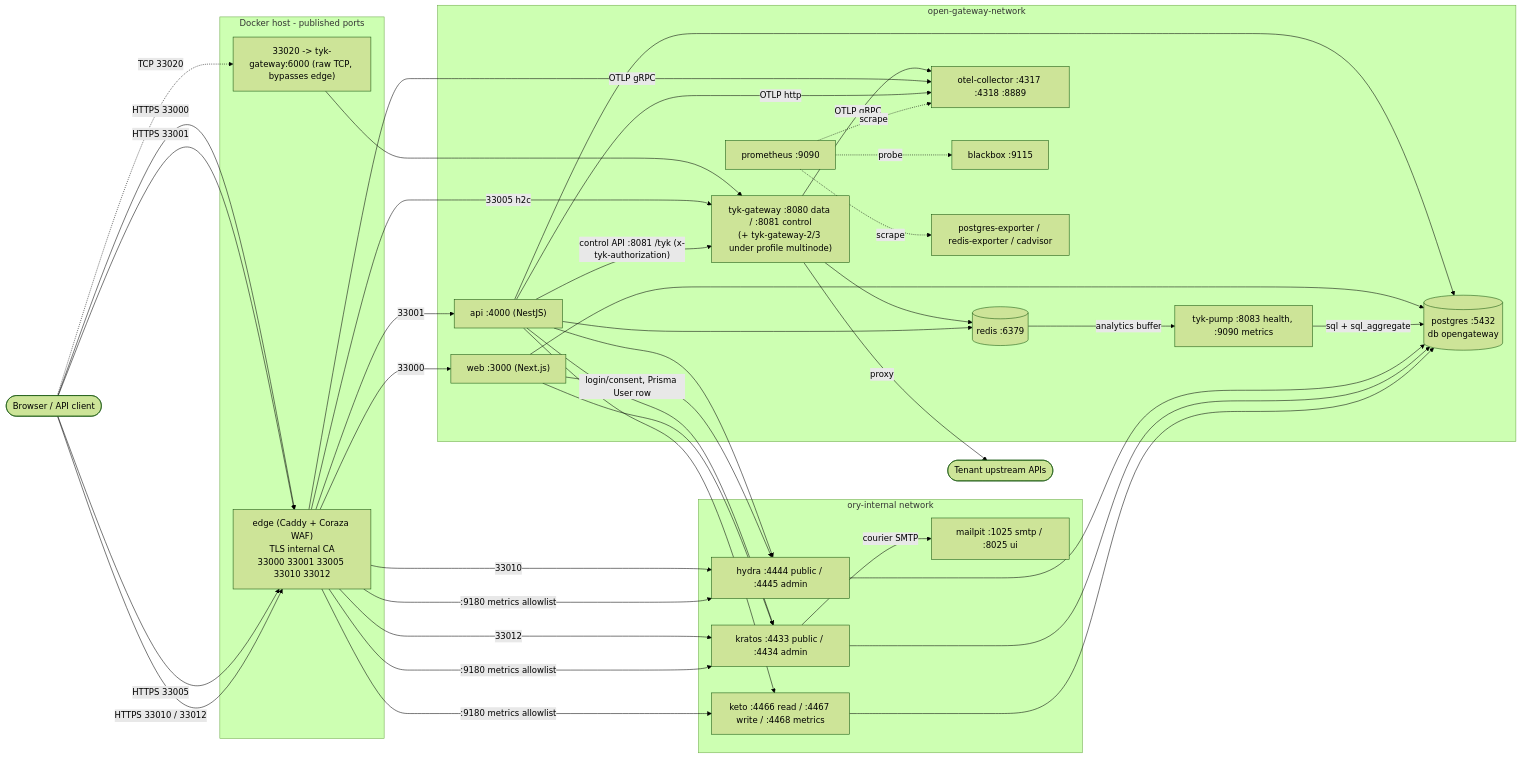
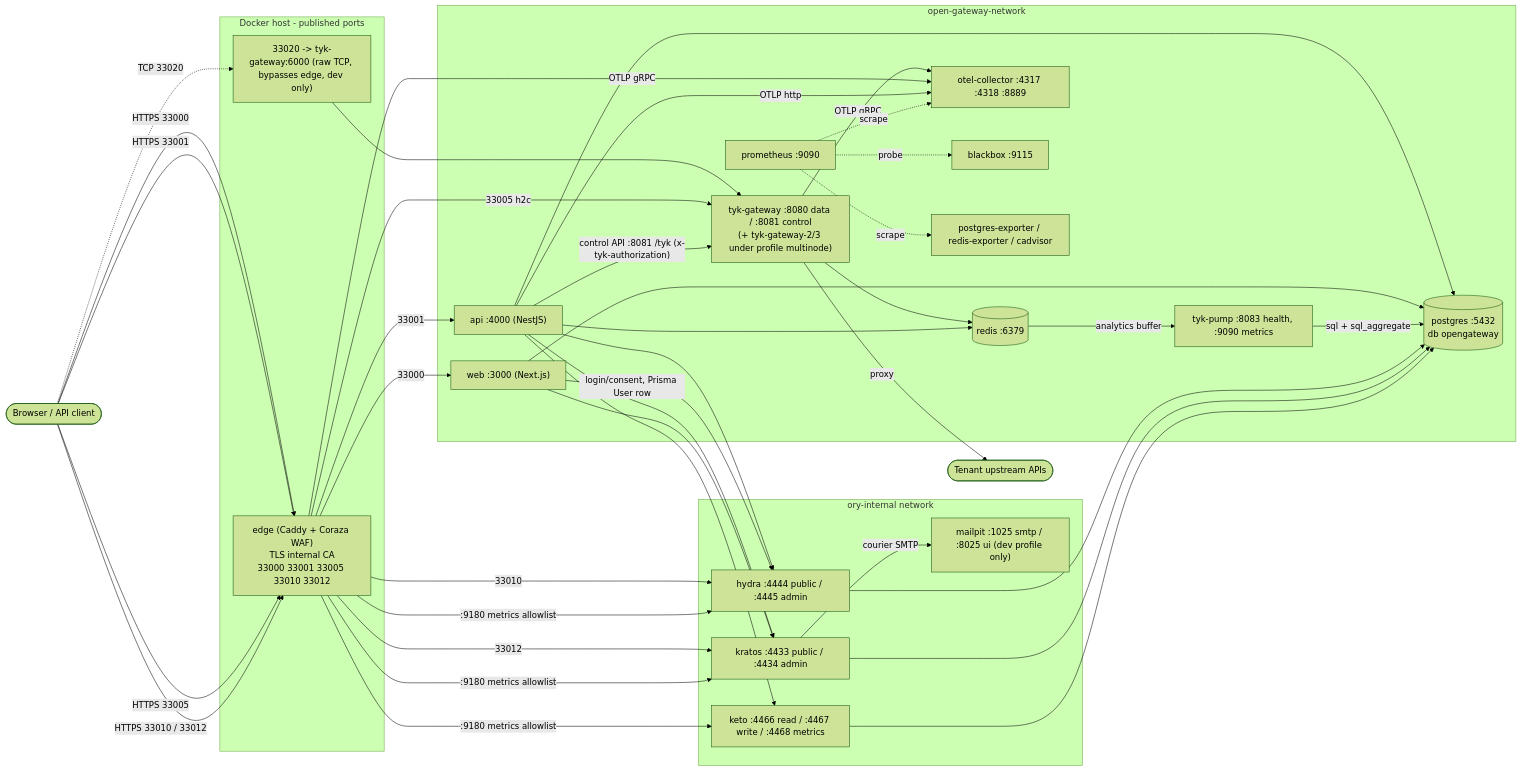
One commit to Amoxine/mirqab changed the diagram in docs/reference/infrastructure.md. Above: the diagram before and after it, drawn with Mermaid (forest theme). The commit also changed other lines of this file and 39 other files, not shown here.

````diff
--- a/docs/reference/infrastructure.md
+++ b/docs/reference/infrastructure.md
@@ -13,70 +13,70 @@
 ```mermaid
 flowchart LR
   browser([Browser / API client])
 
   subgraph host[Docker host - published ports]
     edge["edge (Caddy + Coraza WAF)<br/>TLS internal CA<br/>33000 33001 33005 33010 33012"]
-    tcp["33020 -> tyk-gateway:6000 (raw TCP, bypasses edge)"]
+    tcp["33020 -> tyk-gateway:6000 (raw TCP, bypasses edge, dev only)"]
   end
 
   subgraph ogn[open-gateway-network]
     web["web :3000 (Next.js)"]
     api["api :4000 (NestJS)"]
     tyk["tyk-gateway :8080 data / :8081 control<br/>(+ tyk-gateway-2/3 under profile multinode)"]
     pump["tyk-pump :8083 health, :9090 metrics"]
     redis[("redis :6379")]
     pg[("postgres :5432<br/>db opengateway")]
     otel["otel-collector :4317 :4318 :8889"]
     prom["prometheus :9090"]
     bb["blackbox :9115"]
     exp["postgres-exporter / redis-exporter / cadvisor"]
   end
 
   subgraph ory[ory-internal network]
     hydra["hydra :4444 public / :4445 admin"]
     kratos["kratos :4433 public / :4434 admin"]
     keto["keto :4466 read / :4467 write / :4468 metrics"]
-    mailpit["mailpit :1025 smtp / :8025 ui"]
+    mailpit["mailpit :1025 smtp / :8025 ui (dev profile only)"]
   end
 
   upstream([Tenant upstream APIs])
 
   browser -->|HTTPS 33000| edge
   browser -->|HTTPS 33001| edge
   browser -->|HTTPS 33005| edge
   browser -->|HTTPS 33010 / 33012| edge
   browser -.->|TCP 33020| tcp --> tyk
 
   edge -->|33000| web
   edge -->|33001| api
   edge -->|33005 h2c| tyk
   edge -->|33010| hydra
   edge -->|33012| kratos
   edge -->|":9180 metrics allowlist"| hydra
   edge -->|":9180 metrics allowlist"| kratos
   edge -->|":9180 metrics allowlist"| keto
 
   tyk -->|proxy| upstream
   tyk --> redis
   tyk -->|OTLP gRPC| otel
   api -->|"control API :8081 /tyk (x-tyk-authorization)"| tyk
   api --> pg
   api --> redis
   api --> hydra
   api --> kratos
   api --> keto
   web -->|"login/consent, Prisma User row"| hydra
   web --> kratos
   web --> pg
   redis -->|analytics buffer| pump
   pump -->|sql + sql_aggregate| pg
   hydra --> pg
   kratos --> pg
   keto --> pg
   kratos -->|courier SMTP| mailpit
   edge -->|OTLP gRPC| otel
   api -->|OTLP http| otel
   prom -.->|scrape| exp
   prom -.->|scrape| otel
   prom -.->|probe| bb
 ```
````
